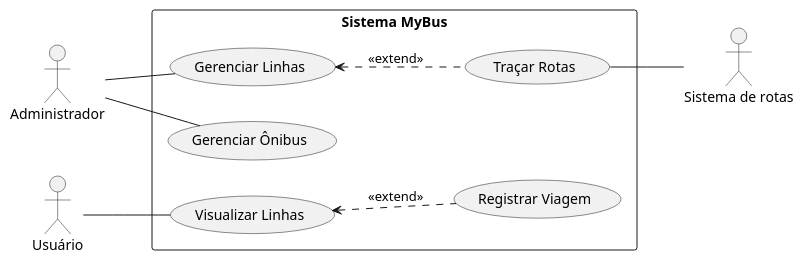
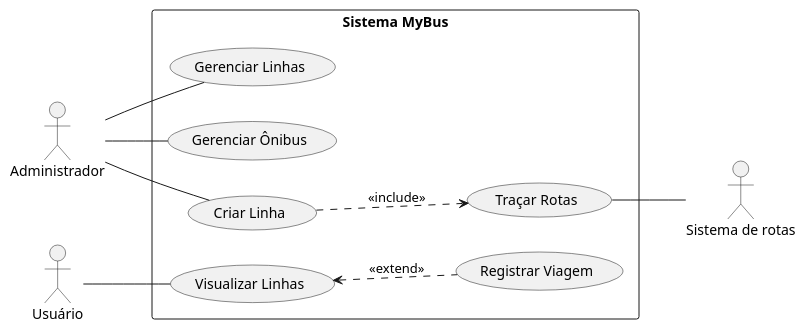
One commit to saames/mybus changed the diagram in docs/mybus_casos_de_uso.puml. Above: the diagram before and after it, drawn with PlantUML.

Commit message:
feat: nova uml

```diff
--- a/docs/mybus_casos_de_uso.puml
+++ b/docs/mybus_casos_de_uso.puml
@@ -1,29 +1,32 @@
 @startuml sistema_de_locacao_filmes
 
 left to right direction
 
 actor Administrador
 actor Usuário
 actor "Sistema de rotas"
 
 rectangle "Sistema MyBus" {
 
     (Visualizar Linhas)
     (Traçar Rotas)
     (Gerenciar Linhas)
     (Gerenciar Ônibus)
     (Registrar Viagem)
+    (Criar Linha)
     
 
     Usuário -- (Visualizar Linhas)
     Administrador -- (Gerenciar Linhas)
     Administrador -- (Gerenciar Ônibus)
+    Administrador -- (Criar Linha)
     (Traçar Rotas) -- "Sistema de rotas"
     
 
     (Visualizar Linhas) <.. (Registrar Viagem) : <<extend>>
-    (Gerenciar Linhas) <.. (Traçar Rotas) : <<extend>>
+    (Criar Linha) ..> (Traçar Rotas) : <<include>>
+    
 
 }
 
 @enduml
```
